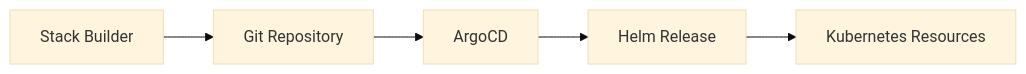
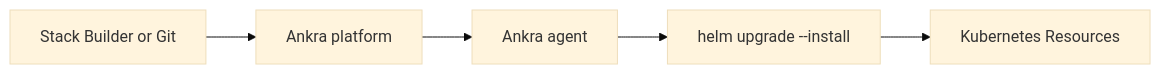
The first of 2 diagrams in concepts/addons.mdx (ankraio/ankra-docs), drawn with Mermaid (base theme) before and after one commit. The commit also changed other lines of this file and 5 other files, not shown here.

````diff
--- a/concepts/addons.mdx
+++ b/concepts/addons.mdx
@@ -22,7 +22,7 @@
 ```mermaid
 flowchart LR
-    Stack[Stack Builder] --> Git[Git Repository]
-    Git --> ArgoCD[ArgoCD]
-    ArgoCD --> Helm[Helm Release]
+    Stack[Stack Builder or Git] --> Platform[Ankra platform]
+    Platform --> Agent[Ankra agent]
+    Agent --> Helm[helm upgrade --install]
     Helm --> K8s[Kubernetes Resources]
 ```
````
